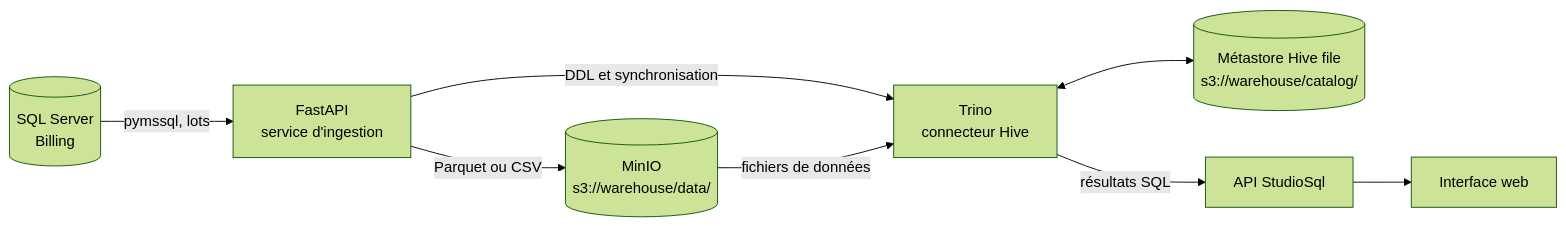
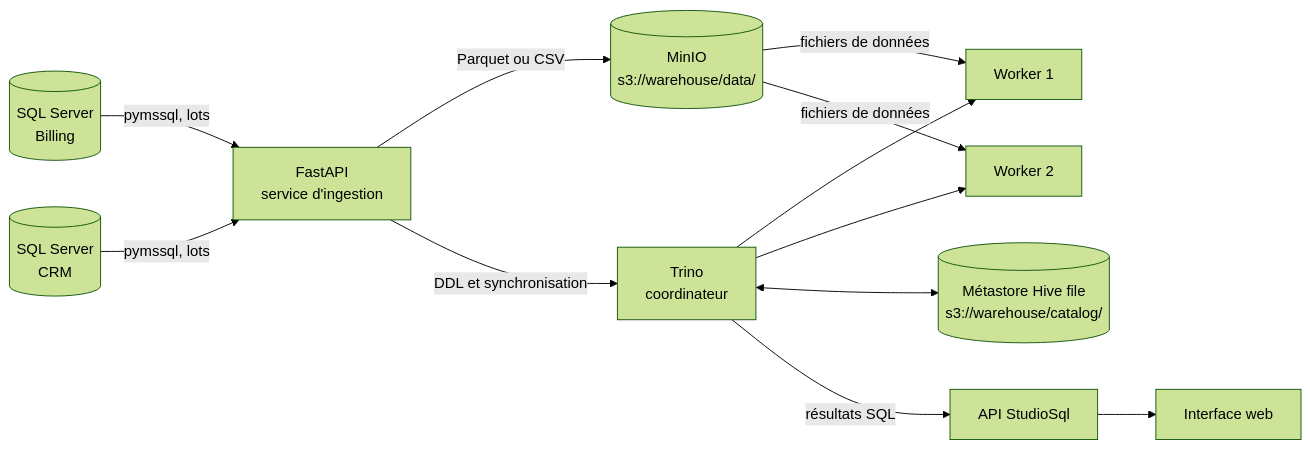
One commit to WalidMouahidi/StudioSql changed the first of 2 diagrams in docs/architecture/system.md. Above: the diagram before and after it, drawn with Mermaid (forest theme). The commit also changed other lines of this file and 20 other files, not shown here.

Commit message:
Add CRM source and distributed Trino demo

````diff
--- a/docs/architecture/system.md
+++ b/docs/architecture/system.md
@@ -7,10 +7,14 @@
 ```mermaid
 flowchart LR
     SQL[(SQL Server<br/>Billing)] -->|pymssql, lots| ING[FastAPI<br/>service d'ingestion]
+    CRM[(SQL Server<br/>CRM)] -->|pymssql, lots| ING
     ING -->|Parquet ou CSV| OBJ[(MinIO<br/>s3://warehouse/data/)]
-    ING -->|DDL et synchronisation| TRINO[Trino<br/>connecteur Hive]
-    OBJ -->|fichiers de données| TRINO
+    ING -->|DDL et synchronisation| TRINO[Trino<br/>coordinateur]
+    TRINO --> W1[Worker 1]
+    TRINO --> W2[Worker 2]
+    OBJ -->|fichiers de données| W1
+    OBJ -->|fichiers de données| W2
     TRINO <--> CAT[(Métastore Hive file<br/>s3://warehouse/catalog/)]
     TRINO -->|résultats SQL| API[API StudioSql]
     API --> WEB[Interface web]
 ```
````
